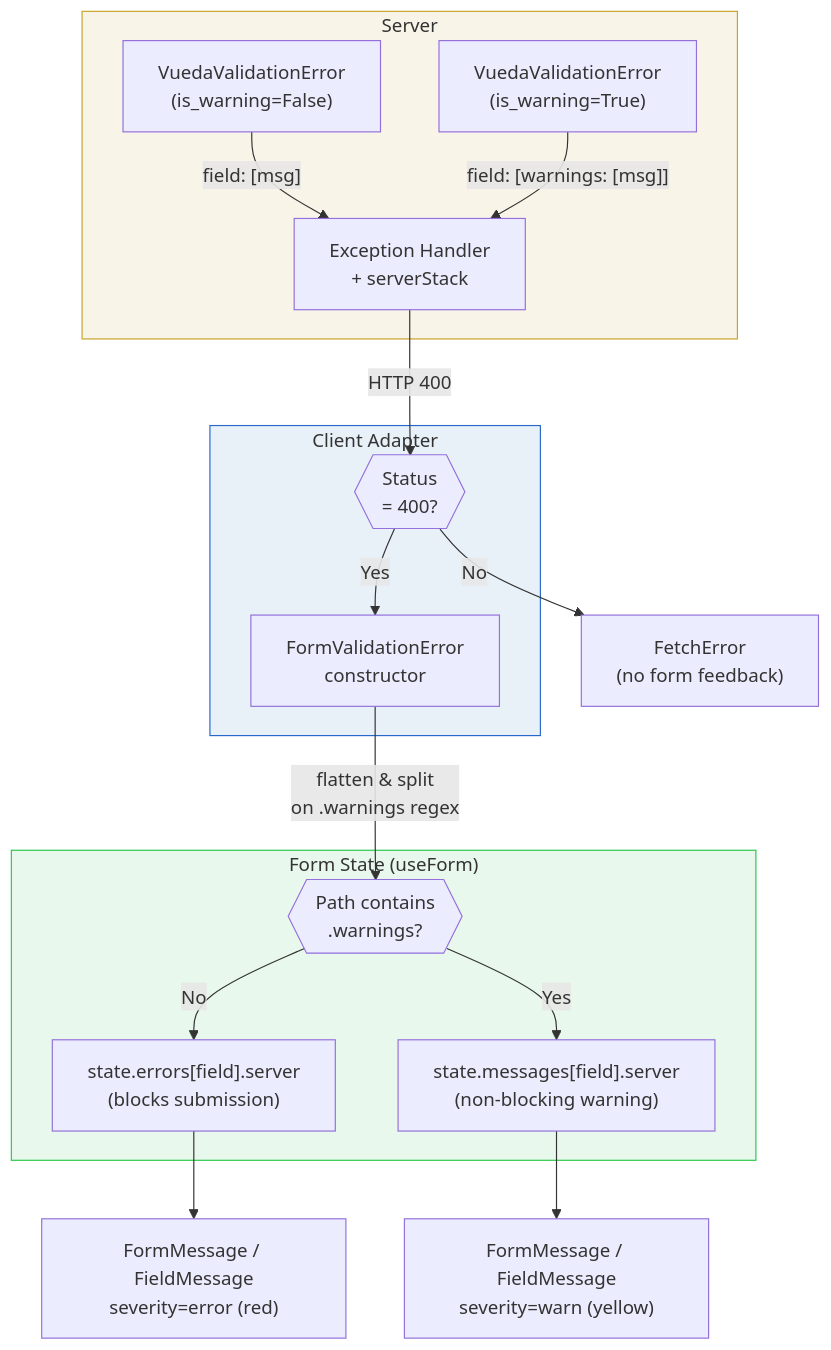
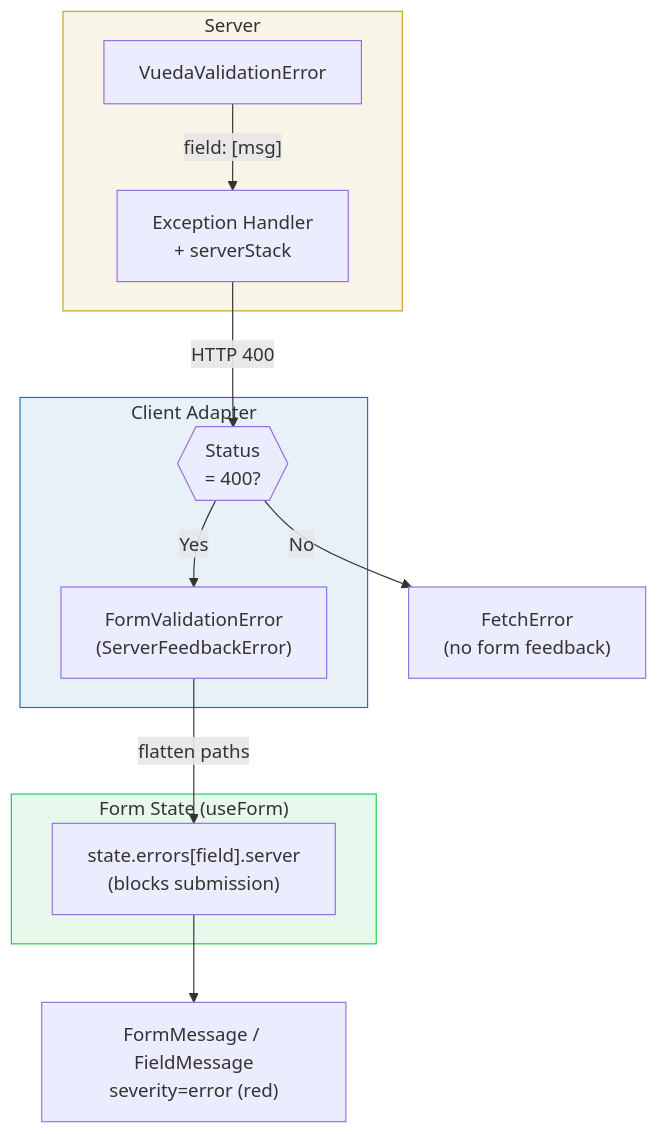
One commit to arrai-innovations/vueda changed the diagram in docs/core-concepts/error-and-validation-contract.md. Above: the diagram before and after it, drawn with Mermaid. The commit also changed other lines of this file and 317 other files, not shown here.

````diff
--- a/docs/core-concepts/error-and-validation-contract.md
+++ b/docs/core-concepts/error-and-validation-contract.md
@@ -14,38 +14,30 @@
 ```mermaid
 flowchart TD
     subgraph Server
-        VVE["VuedaValidationError<br/>(is_warning=False)"]
-        VVW["VuedaValidationError<br/>(is_warning=True)"]
+        VVE["VuedaValidationError"]
         EH["Exception Handler<br/>+ serverStack"]
     end
 
     VVE -- "field: [msg]" --> EH
-    VVW -- "field: [warnings: [msg]]" --> EH
     EH -- "HTTP 400" --> GATE
 
     subgraph Client["Client Adapter"]
         GATE{{"Status<br/>= 400?"}}
-        FVE["FormValidationError<br/>constructor"]
+        FVE["FormValidationError<br/>(ServerFeedbackError)"]
     end
 
     GATE -- "Yes" --> FVE
     GATE -- "No" --> FE["FetchError<br/>(no form feedback)"]
 
-    FVE -- "flatten & split<br/>on .warnings regex" --> SPLIT
+    FVE -- "flatten paths" --> ERR
 
     subgraph FormState["Form State (useForm)"]
-        SPLIT{{"Path contains<br/>.warnings?"}}
         ERR["state.errors[field].server<br/>(blocks submission)"]
-        MSG["state.messages[field].server<br/>(non-blocking warning)"]
     end
 
-    SPLIT -- "No" --> ERR
-    SPLIT -- "Yes" --> MSG
-
     ERR --> RENDER_E["FormMessage / FieldMessage<br/>severity=error (red)"]
-    MSG --> RENDER_W["FormMessage / FieldMessage<br/>severity=warn (yellow)"]
 
     style Server fill:#f8f4e8,stroke:#c9a227
     style Client fill:#e8f0f8,stroke:#2768c9
     style FormState fill:#e8f8ec,stroke:#27c94a
 ```
````
